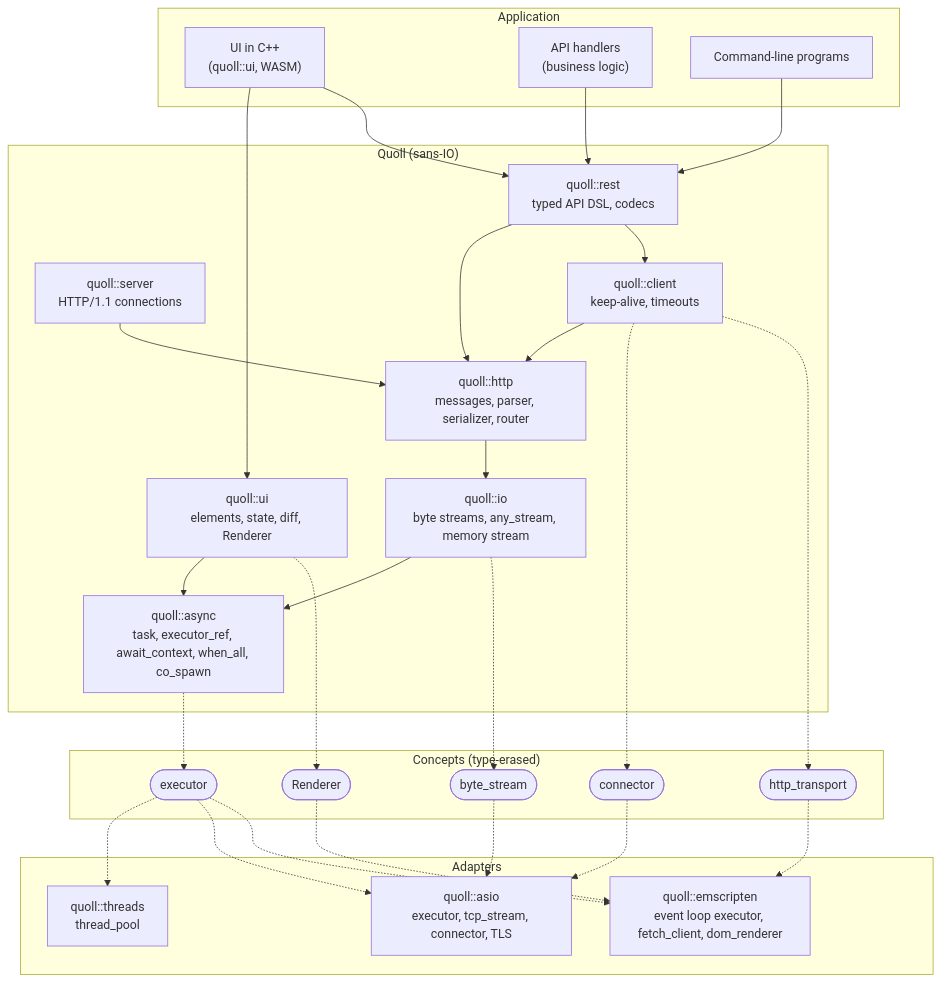
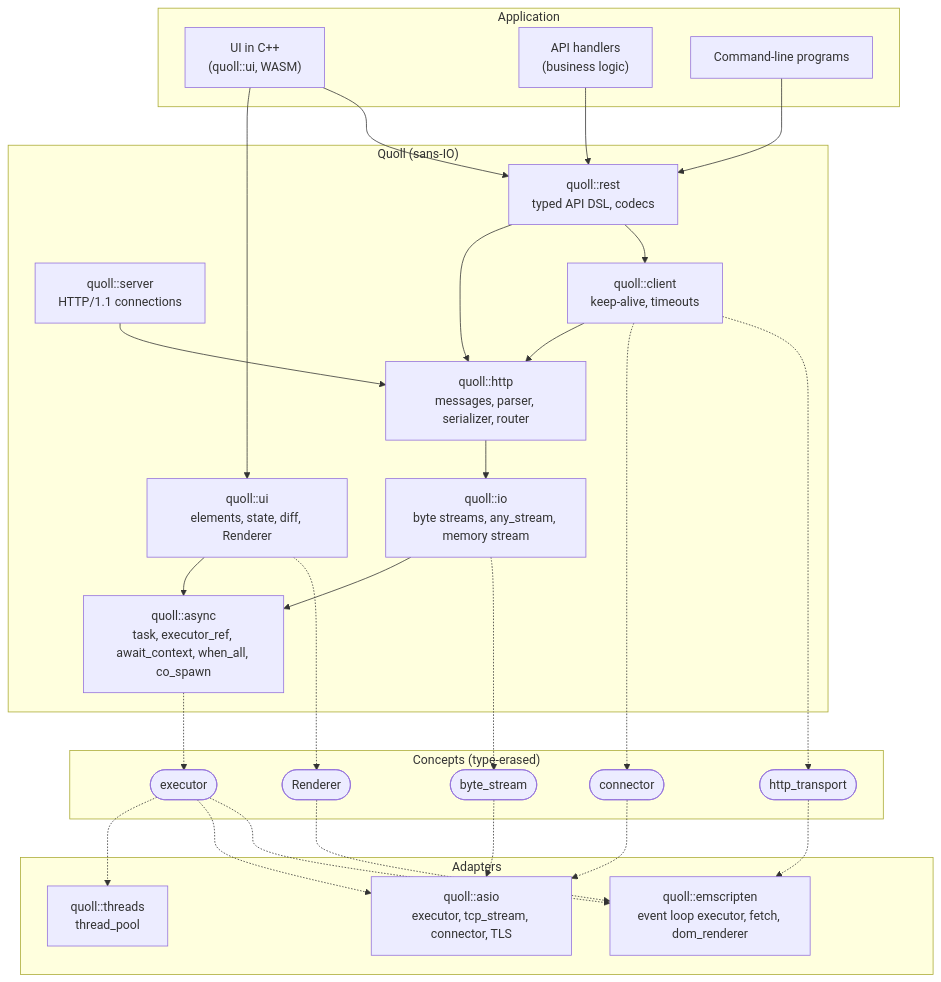
One commit to 4thlabs/quoll changed the diagram in docs/PLAN.md. Above: the diagram before and after it, drawn with Mermaid. The commit also changed other lines of this file and 27 other files, not shown here.

First line of the commit message:
client: http::client on every platform, through fetch in a browser, and fetch_client goes

````diff
--- a/docs/PLAN.md
+++ b/docs/PLAN.md
@@ -390,56 +393,56 @@
 ```mermaid
 flowchart TB
   subgraph app["Application"]
     page["UI in C++<br/>(quoll::ui, WASM)"]
     handlers["API handlers<br/>(business logic)"]
     cli["Command-line programs"]
   end
 
   subgraph quoll["Quoll (sans-IO)"]
     ui["quoll::ui<br/>elements, state, diff, Renderer"]
     rest["quoll::rest<br/>typed API DSL, codecs"]
     server["quoll::server<br/>HTTP/1.1 connections"]
     client["quoll::client<br/>keep-alive, timeouts"]
     http["quoll::http<br/>messages, parser, serializer, router"]
     io["quoll::io<br/>byte streams, any_stream, memory stream"]
     async["quoll::async<br/>task, executor_ref, await_context, when_all, co_spawn"]
   end
 
   subgraph concepts["Concepts (type-erased)"]
     executor(["executor"])
     stream(["byte_stream"])
     connector(["connector"])
     transport(["http_transport"])
     renderer(["Renderer"])
   end
 
   subgraph adapters["Adapters"]
     pool["quoll::threads<br/>thread_pool"]
     asio["quoll::asio<br/>executor, tcp_stream, connector, TLS"]
-    emscripten["quoll::emscripten<br/>event loop executor, fetch_client, dom_renderer"]
+    emscripten["quoll::emscripten<br/>event loop executor, fetch, dom_renderer"]
   end
 
   page --> ui
   page --> rest
   handlers --> rest
   cli --> rest
   rest --> http
   rest --> client
   server --> http
   client --> http
   ui --> async
   http --> io
   io --> async
 
   io -.-> stream
   client -.-> connector
   client -.-> transport
   ui -.-> renderer
   async -.-> executor
 
   executor -.-> pool & asio & emscripten
   stream -.-> asio
   connector -.-> asio
   transport -.-> emscripten
   renderer -.-> emscripten
 ```
````
